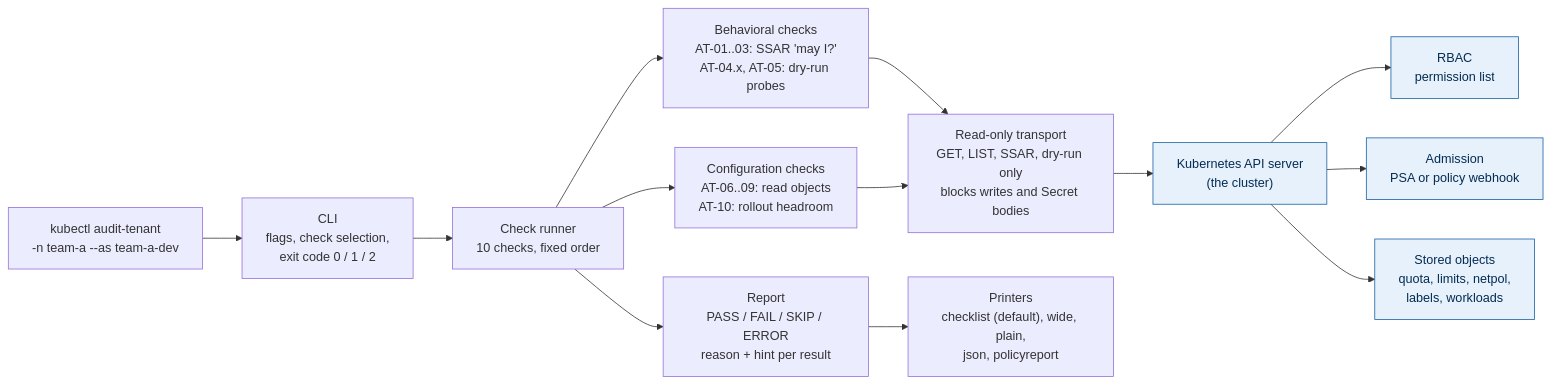
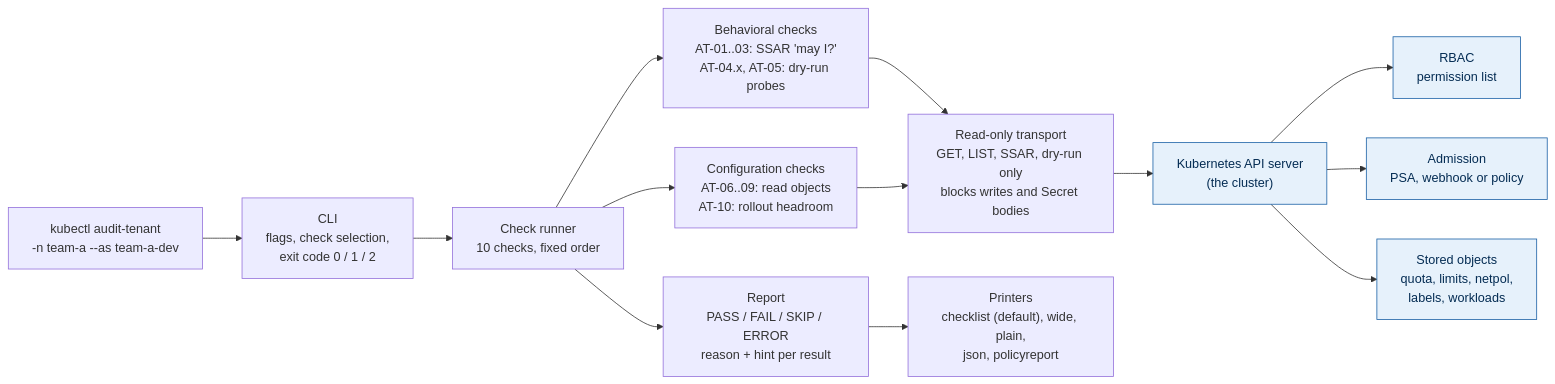
Before and after one commit to BodhiSatvik/kubectl-audit-tenant: the diagram in docs/diagrams/architecture.mmd, drawn with Mermaid. The commit also changed 1 other file, not shown here.

Commit message:
Diagram: admission node names PSA, webhook or policy (VAP added in D13)
The SVG, PNG and excalidraw renders still show the old wording; re-render
with the diagram skill before the README uses them.

```diff
--- a/docs/diagrams/architecture.mmd
+++ b/docs/diagrams/architecture.mmd
@@ -1,15 +1,15 @@
 graph LR
   U["kubectl audit-tenant<br/>-n team-a --as team-a-dev"] --> CLI["CLI<br/>flags, check selection,<br/>exit code 0 / 1 / 2"]
   CLI --> RUN["Check runner<br/>10 checks, fixed order"]
   RUN --> BEH["Behavioral checks<br/>AT-01..03: SSAR 'may I?'<br/>AT-04.x, AT-05: dry-run probes"]
   RUN --> CFG["Configuration checks<br/>AT-06..09: read objects<br/>AT-10: rollout headroom"]
   BEH --> SAFE["Read-only transport<br/>GET, LIST, SSAR, dry-run only<br/>blocks writes and Secret bodies"]
   CFG --> SAFE
   SAFE --> API["Kubernetes API server<br/>(the cluster)"]
   API --> RBAC["RBAC<br/>permission list"]
-  API --> ADM["Admission<br/>PSA or policy webhook"]
+  API --> ADM["Admission<br/>PSA, webhook or policy"]
   API --> STORE["Stored objects<br/>quota, limits, netpol,<br/>labels, workloads"]
   RUN --> REP["Report<br/>PASS / FAIL / SKIP / ERROR<br/>reason + hint per result"]
   REP --> OUT["Printers<br/>checklist (default), wide, plain,<br/>json, policyreport"]
   classDef cluster fill:#E6F1FB,stroke:#185FA5,color:#042C53
   class API,RBAC,ADM,STORE cluster
```
